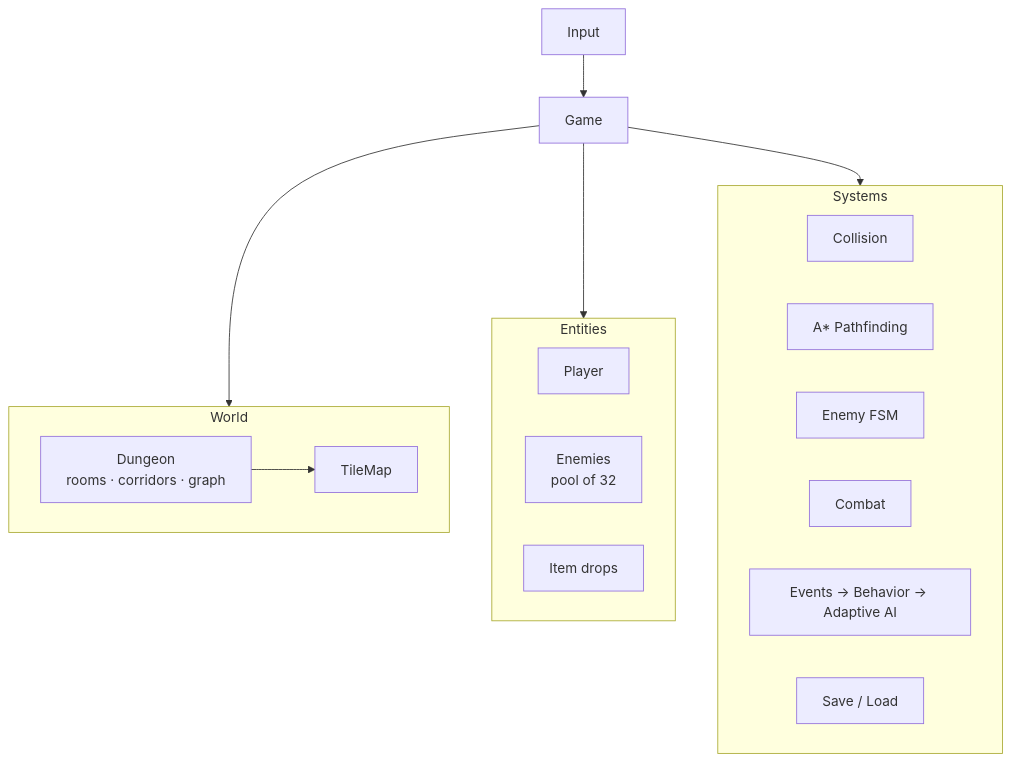
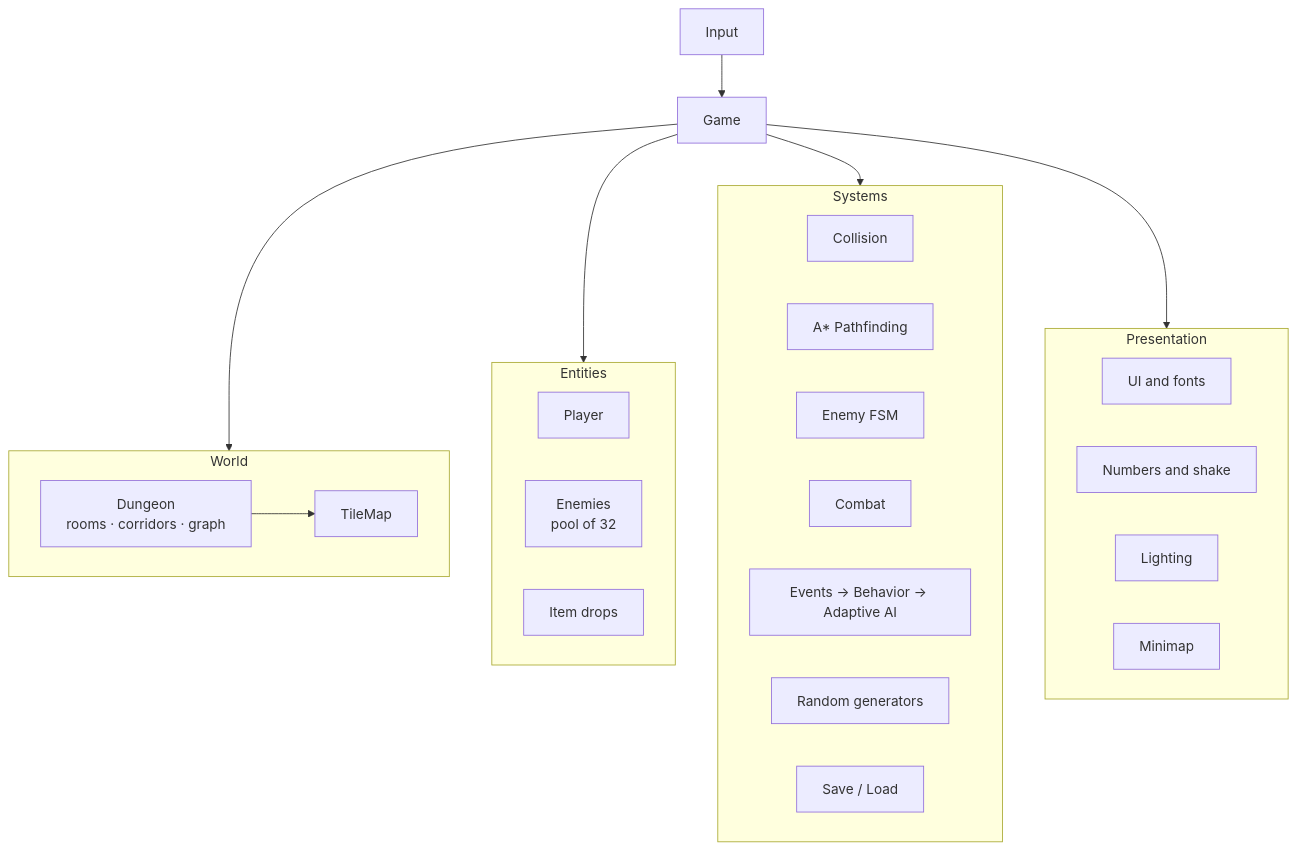
Before and after one commit to RaghavKansal-07/DungeonForge: the second of 2 diagrams in README.md, drawn with Mermaid. The commit also changed other lines of this file and 5 other files, not shown here.

Commit message:
Update README for Phase 2: menu, lighting, minimap, AI cues, end-of-run report

````diff
--- a/README.md
+++ b/README.md
@@ -236,28 +280,37 @@
 ```mermaid
 flowchart TB
     Input --> Game
     Game --> World
     Game --> Entities
     Game --> Systems
+    Game --> Presentation
 
     subgraph World
         TileMap
         Dungeon[Dungeon<br/>rooms · corridors · graph]
         Dungeon --> TileMap
     end
 
     subgraph Entities
         Player
         Enemies[Enemies<br/>pool of 32]
         Drops[Item drops]
     end
 
     subgraph Systems
         Collision
         Pathfinding[A* Pathfinding]
         FSM[Enemy FSM]
         Combat
         Events[Events → Behavior → Adaptive AI]
+        RNG[Random generators]
         Save[Save / Load]
     end
+
+    subgraph Presentation
+        UI[UI and fonts]
+        Effects[Numbers and shake]
+        Lighting
+        Minimap
+    end
 ```
````
